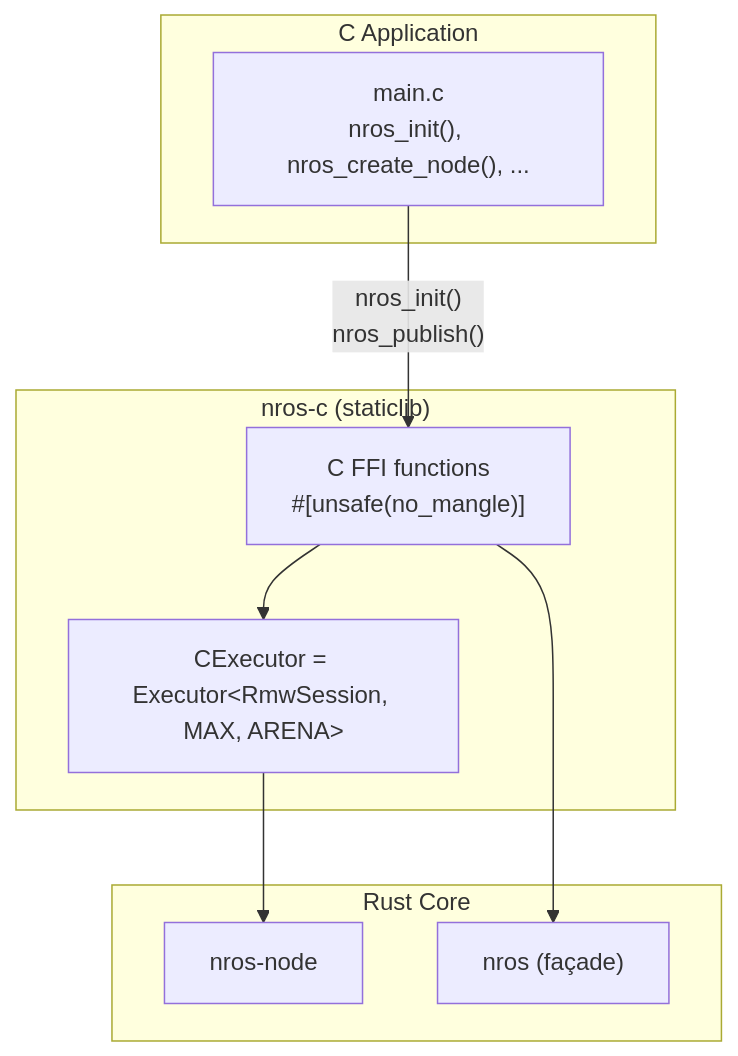
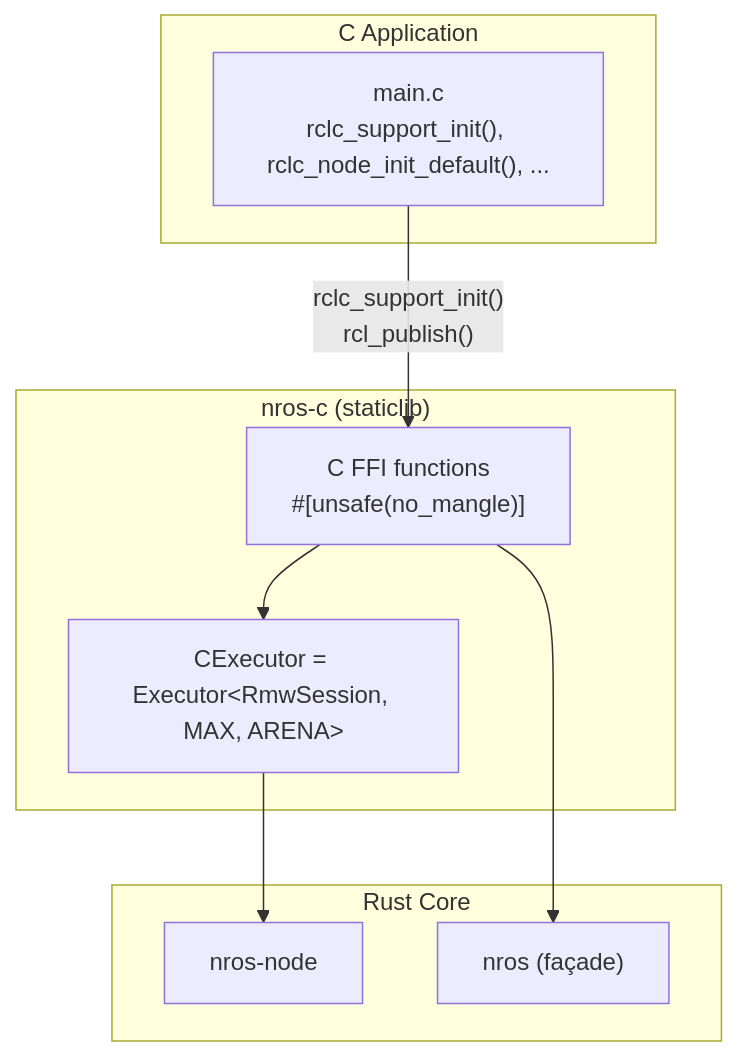
Before and after one commit to NEWSLabNTU/nano-ros: the seventh of 13 diagrams in docs/design/0001-architecture-overview.md, drawn with Mermaid. The commit also changed other lines of this file and 33 other files, not shown here.

````diff
--- a/docs/design/0001-architecture-overview.md
+++ b/docs/design/0001-architecture-overview.md
@@ -491,21 +491,21 @@
 ```mermaid
 graph TD
     subgraph "C Application"
-        CMAIN["main.c<br/>nros_init(), nros_create_node(), ..."]
+        CMAIN["main.c<br/>rclc_support_init(), rclc_node_init_default(), ..."]
     end
 
     subgraph "nros-c (staticlib)"
         CAPI["C FFI functions<br/>#[unsafe(no_mangle)]"]
         CEXEC["CExecutor = Executor&lt;RmwSession, MAX, ARENA&gt;"]
     end
 
     subgraph "Rust Core"
         RNODE["nros-node"]
         RNROS["nros (façade)"]
     end
 
-    CMAIN -->|"nros_init()<br/>nros_publish()"| CAPI
+    CMAIN -->|"rclc_support_init()<br/>rcl_publish()"| CAPI
     CAPI --> CEXEC
     CEXEC --> RNODE
     CAPI --> RNROS
 ```
````
